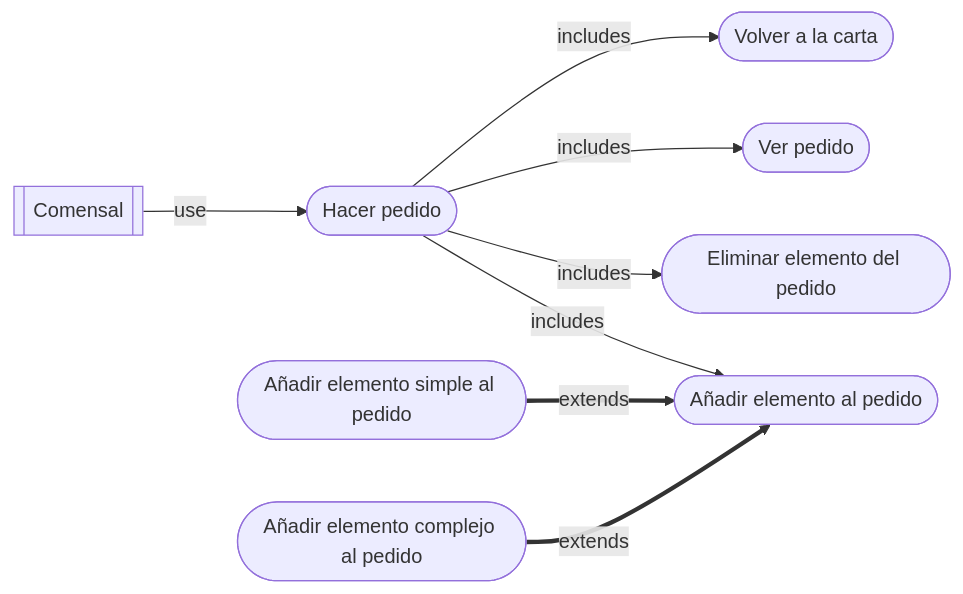
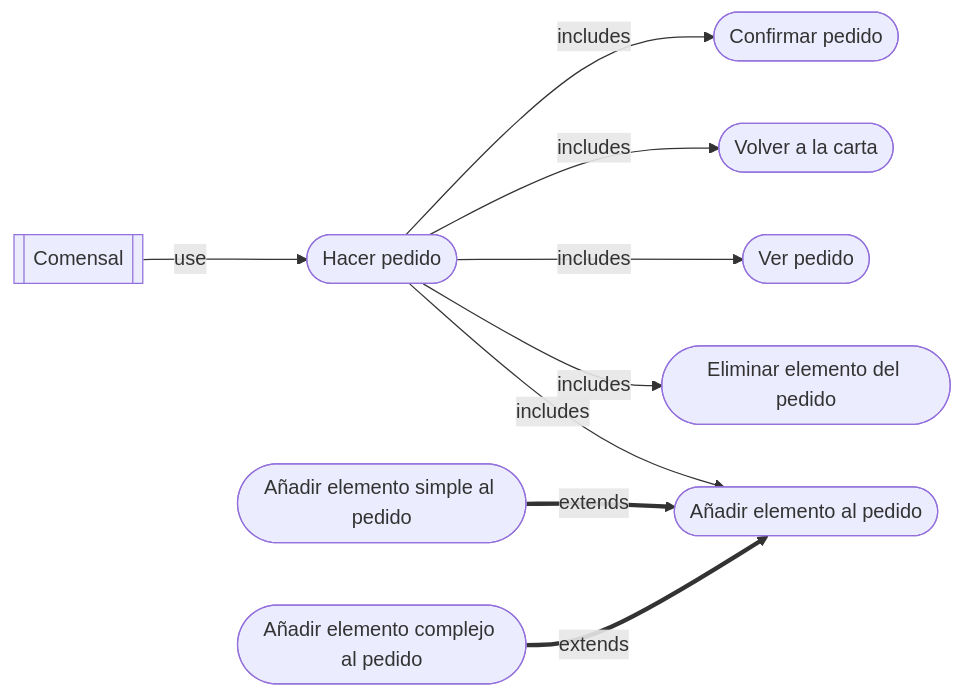
The fifth of 6 diagrams in documentacion/requisitos/casos_de_uso.md (pabenito/QRest), drawn with Mermaid before and after one commit. The commit also changed other lines of this file, not shown here.

Commit message:
'Confirmar pedido' dentro de 'Hacer pedido'

````diff
--- a/documentacion/requisitos/casos_de_uso.md
+++ b/documentacion/requisitos/casos_de_uso.md
@@ -157,15 +150,15 @@
 ```mermaid
 flowchart LR
   comensal[[Comensal]]
   hacer_pedido([Hacer pedido])
   anadir_al_pedido([Añadir elemento al pedido])
   eliminar_del_pedido([Eliminar elemento del pedido])
   ver_pedido([Ver pedido])
   volver_a_la_carta([Volver a la carta])
+  confirmar_pedido([Confirmar pedido])
   anadir_al_pedido_simple([Añadir elemento simple al pedido])
   anadir_al_pedido_complejo([Añadir elemento complejo al pedido])
   comensal --use--> hacer_pedido
-  hacer_pedido --includes--> anadir_al_pedido & eliminar_del_pedido & ver_pedido & volver_a_la_carta
-
+  hacer_pedido --includes--> anadir_al_pedido & eliminar_del_pedido & ver_pedido & volver_a_la_carta & confirmar_pedido
   anadir_al_pedido_simple & anadir_al_pedido_complejo ==extends==> anadir_al_pedido
 ```
````
